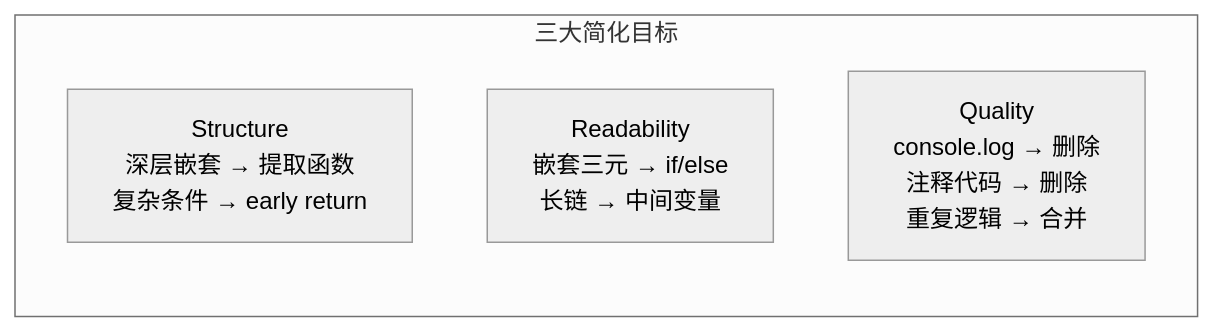
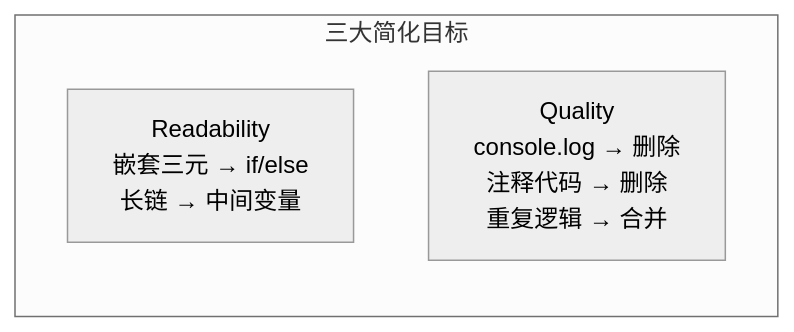
The third of 4 diagrams in agents/code-reviewer.md (effiy/YrY), drawn with Mermaid (neutral theme) before and after one commit. The commit also changed other lines of this file and 42 other files, not shown here.

First line of the commit message:
feat: apply Mermaid authoring rules (M1-M12) across entire codebase

````diff
--- a/agents/code-reviewer.md
+++ b/agents/code-reviewer.md
@@ -79,8 +89,9 @@
 ```mermaid
 flowchart LR
     subgraph 简化目标["三大简化目标"]
-        S1["Structure<br/>深层嵌套 → 提取函数<br/>复杂条件 → early return"]:::target
+        direction TB
         S2["Readability<br/>嵌套三元 → if/else<br/>长链 → 中间变量"]:::target
         S3["Quality<br/>console.log → 删除<br/>注释代码 → 删除<br/>重复逻辑 → 合并"]:::target
     end
+
 ```
````
